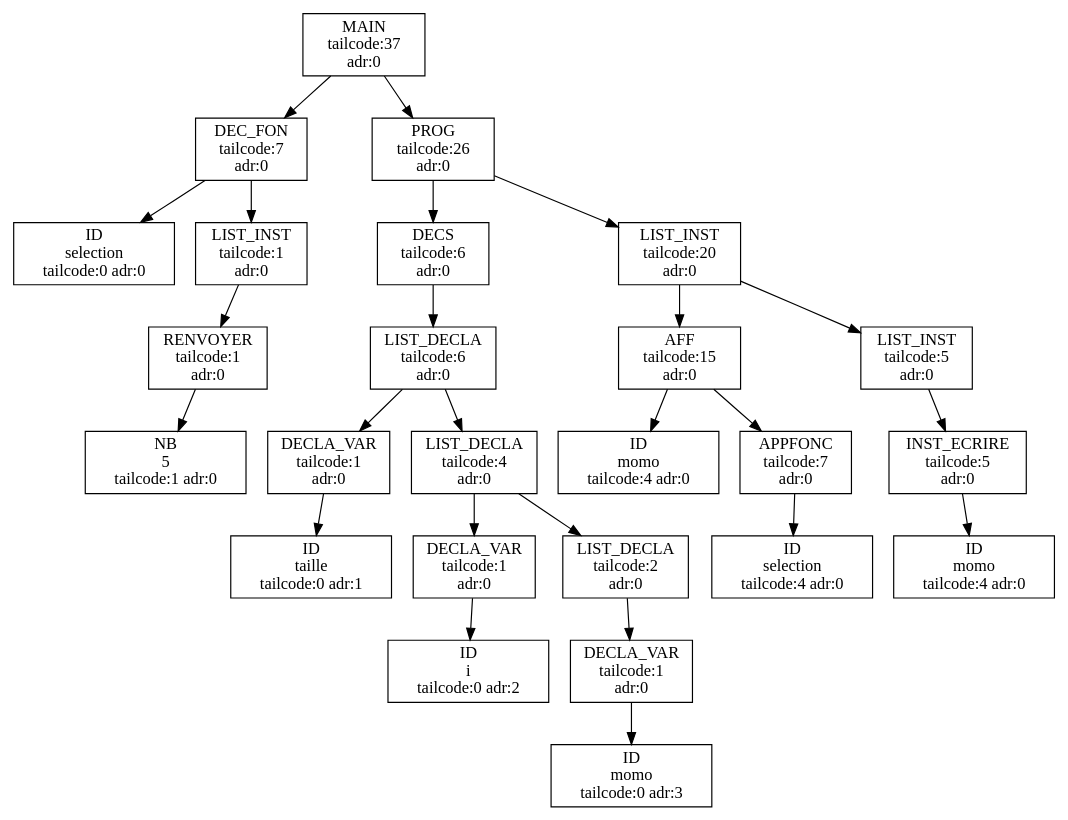
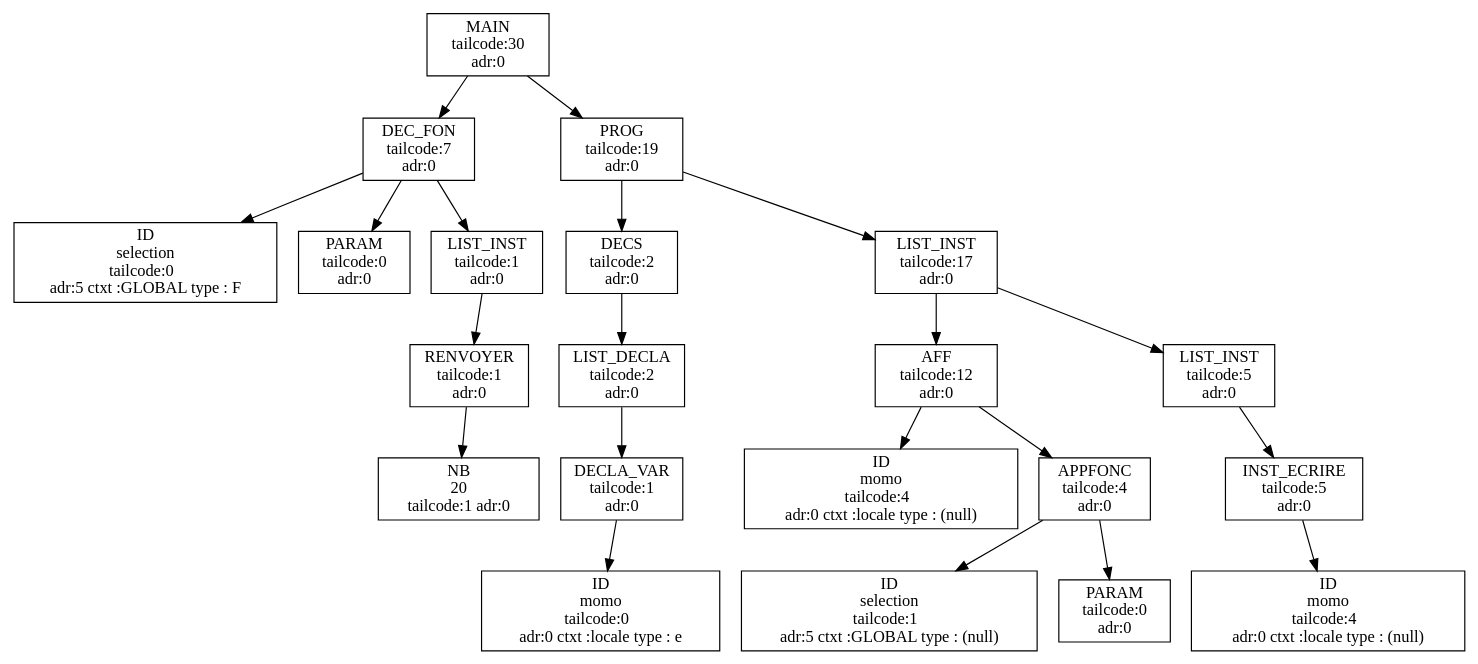
Before and after one commit to aswailem195/Projet-ARC--Algo-RAM-Compiler--20231213: the diagram in out/output.dot, drawn with Graphviz. The commit also changed 16 other files, not shown here.

```diff
--- a/out/output.dot
+++ b/out/output.dot
@@ -1,93 +1,84 @@
 digraph ASA {
-node0x558425d9ccf0 [label="MAIN
- tailcode:37 
+node0x560a8ddb7d30 [label="MAIN
+ tailcode:30 
  adr:0 \n", shape=box];
-node0x558425d9ccf0 -> node0x558425d9c7b0;
-node0x558425d9c7b0 [label="DEC_FON
+node0x560a8ddb7d30 -> node0x560a8ddb7830;
+node0x560a8ddb7830 [label="DEC_FON
  tailcode:7 
  adr:0 \n", shape=box];
-node0x558425d9c7b0 -> node0x558425d9c7f0;
-node0x558425d9c7f0 [label="ID\nselection
- tailcode:0 adr:0 \n", shape=box];
-node0x558425d9c7b0 -> node0x558425d9c770;
-node0x558425d9c770 [label="LIST_INST
+node0x560a8ddb7830 -> node0x560a8ddb7880;
+node0x560a8ddb7880 [label="ID\nselection
+ tailcode:0  
+ adr:5 ctxt :GLOBAL type : F \n", shape=box];
+node0x560a8ddb7830 -> node0x560a8ddb76f0;
+node0x560a8ddb76f0 [label="PARAM
+ tailcode:0 
+ adr:0 \n", shape=box];
+node0x560a8ddb7830 -> node0x560a8ddb77e0;
+node0x560a8ddb77e0 [label="LIST_INST
  tailcode:1 
  adr:0 \n", shape=box];
-node0x558425d9c770 -> node0x558425d9c730;
-node0x558425d9c730 [label="RENVOYER
+node0x560a8ddb77e0 -> node0x560a8ddb7790;
+node0x560a8ddb7790 [label="RENVOYER
  tailcode:1 
  adr:0 \n", shape=box];
-node0x558425d9c730 -> node0x558425d9c6f0;
-node0x558425d9c6f0 [label="NB\n5 
+node0x560a8ddb7790 -> node0x560a8ddb7740;
+node0x560a8ddb7740 [label="NB\n20 
  tailcode:1 adr:0 \n", shape=box];
-node0x558425d9ccf0 -> node0x558425d9ccb0;
-node0x558425d9ccb0 [label="PROG
- tailcode:26 
+node0x560a8ddb7d30 -> node0x560a8ddb7ce0;
+node0x560a8ddb7ce0 [label="PROG
+ tailcode:19 
  adr:0 \n", shape=box];
-node0x558425d9ccb0 -> node0x558425d9ca70;
-node0x558425d9ca70 [label="DECS
- tailcode:6 
+node0x560a8ddb7ce0 -> node0x560a8ddb79c0;
+node0x560a8ddb79c0 [label="DECS
+ tailcode:2 
  adr:0 \n", shape=box];
-node0x558425d9ca70 -> node0x558425d9ca30;
-node0x558425d9ca30 [label="LIST_DECLA
- tailcode:6 
+node0x560a8ddb79c0 -> node0x560a8ddb7970;
+node0x560a8ddb7970 [label="LIST_DECLA
+ tailcode:2 
  adr:0 \n", shape=box];
-node0x558425d9ca30 -> node0x558425d9c830;
-node0x558425d9c830 [label="DECLA_VAR
+node0x560a8ddb7970 -> node0x560a8ddb78d0;
+node0x560a8ddb78d0 [label="DECLA_VAR
  tailcode:1 
  adr:0 \n", shape=box];
-node0x558425d9c830 -> node0x558425d9c870;
-node0x558425d9c870 [label="ID\ntaille
- tailcode:0 adr:1 \n", shape=box];
-node0x558425d9ca30 -> node0x558425d9c9f0;
-node0x558425d9c9f0 [label="LIST_DECLA
+node0x560a8ddb78d0 -> node0x560a8ddb7920;
+node0x560a8ddb7920 [label="ID\nmomo
+ tailcode:0  
+ adr:0 ctxt :locale type : e \n", shape=box];
+node0x560a8ddb7ce0 -> node0x560a8ddb7c90;
+node0x560a8ddb7c90 [label="LIST_INST
+ tailcode:17 
+ adr:0 \n", shape=box];
+node0x560a8ddb7c90 -> node0x560a8ddb7b00;
+node0x560a8ddb7b00 [label="AFF
+ tailcode:12 
+ adr:0 \n", shape=box];
+node0x560a8ddb7b00 -> node0x560a8ddb7b50;
+node0x560a8ddb7b50 [label="ID\nmomo
+ tailcode:4  
+ adr:0 ctxt :locale type : (null) \n", shape=box];
+node0x560a8ddb7b00 -> node0x560a8ddb7a60;
+node0x560a8ddb7a60 [label="APPFONC
  tailcode:4 
  adr:0 \n", shape=box];
-node0x558425d9c9f0 -> node0x558425d9c8b0;
-node0x558425d9c8b0 [label="DECLA_VAR
- tailcode:1 
+node0x560a8ddb7a60 -> node0x560a8ddb7ab0;
+node0x560a8ddb7ab0 [label="ID\nselection
+ tailcode:1  
+ adr:5 ctxt :GLOBAL type : (null) \n", shape=box];
+node0x560a8ddb7a60 -> node0x560a8ddb7a10;
+node0x560a8ddb7a10 [label="PARAM
+ tailcode:0 
  adr:0 \n", shape=box];
-node0x558425d9c8b0 -> node0x558425d9c8f0;
-node0x558425d9c8f0 [label="ID\ni
- tailcode:0 adr:2 \n", shape=box];
-node0x558425d9c9f0 -> node0x558425d9c9b0;
-node0x558425d9c9b0 [label="LIST_DECLA
- tailcode:2 
- adr:0 \n", shape=box];
-node0x558425d9c9b0 -> node0x558425d9c930;
-node0x558425d9c930 [label="DECLA_VAR
- tailcode:1 
- adr:0 \n", shape=box];
-node0x558425d9c930 -> node0x558425d9c970;
-node0x558425d9c970 [label="ID\nmomo
- tailcode:0 adr:3 \n", shape=box];
-node0x558425d9ccb0 -> node0x558425d9cc70;
-node0x558425d9cc70 [label="LIST_INST
- tailcode:20 
- adr:0 \n", shape=box];
-node0x558425d9cc70 -> node0x558425d9cb30;
-node0x558425d9cb30 [label="AFF
- tailcode:15 
- adr:0 \n", shape=box];
-node0x558425d9cb30 -> node0x558425d9cb70;
-node0x558425d9cb70 [label="ID\nmomo
- tailcode:4 adr:0 \n", shape=box];
-node0x558425d9cb30 -> node0x558425d9cab0;
-node0x558425d9cab0 [label="APPFONC
- tailcode:7 
- adr:0 \n", shape=box];
-node0x558425d9cab0 -> node0x558425d9caf0;
-node0x558425d9caf0 [label="ID\nselection
- tailcode:4 adr:0 \n", shape=box];
-node0x558425d9cc70 -> node0x558425d9cc30;
-node0x558425d9cc30 [label="LIST_INST
+node0x560a8ddb7c90 -> node0x560a8ddb7c40;
+node0x560a8ddb7c40 [label="LIST_INST
  tailcode:5 
  adr:0 \n", shape=box];
-node0x558425d9cc30 -> node0x558425d9cbf0;
-node0x558425d9cbf0 [label="INST_ECRIRE
+node0x560a8ddb7c40 -> node0x560a8ddb7bf0;
+node0x560a8ddb7bf0 [label="INST_ECRIRE
  tailcode:5 
  adr:0 \n", shape=box];
-node0x558425d9cbf0 -> node0x558425d9cbb0;
-node0x558425d9cbb0 [label="ID\nmomo
- tailcode:4 adr:0 \n", shape=box];
+node0x560a8ddb7bf0 -> node0x560a8ddb7ba0;
+node0x560a8ddb7ba0 [label="ID\nmomo
+ tailcode:4  
+ adr:0 ctxt :locale type : (null) \n", shape=box];
 }
```
